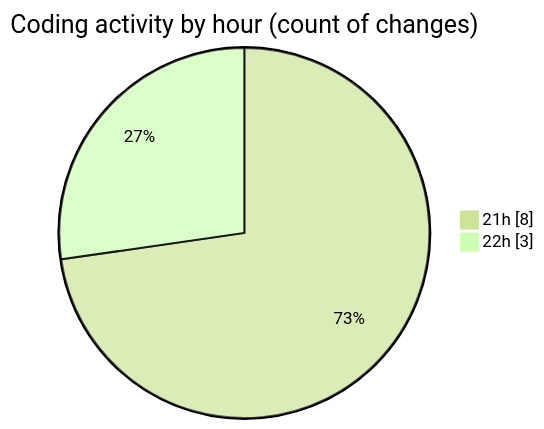
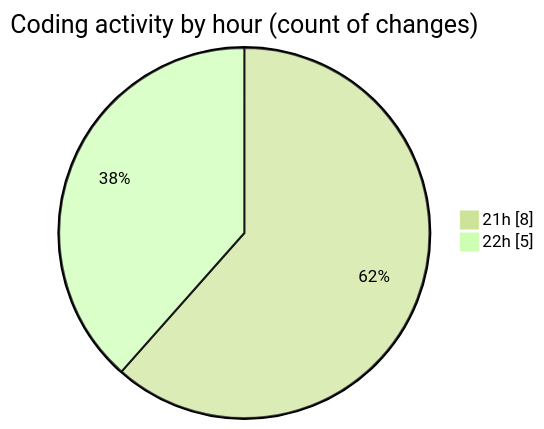
One commit to momahboobian/code-tracking changed the second of 2 diagrams in 2025-06-25/samplepdf/README.md. Above: the diagram before and after it, drawn with Mermaid (forest theme). The commit also changed other lines of this file and 1 other file, not shown here.

````diff
--- a/2025-06-25/samplepdf/README.md
+++ b/2025-06-25/samplepdf/README.md
@@ -31,6 +32,6 @@
 ```mermaid
 pie showData
 title Coding activity by hour (count of changes)
 "21h" : 8
-"22h" : 3
+"22h" : 5
 ```
````
